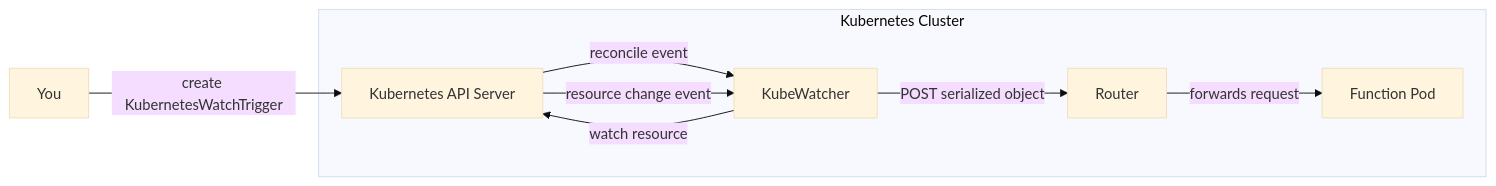
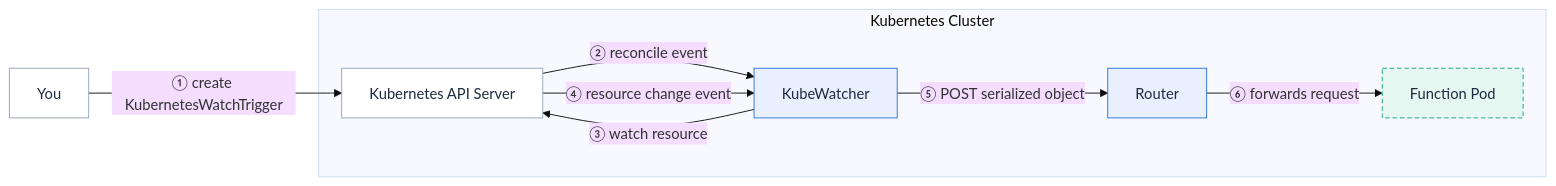
The first of 2 diagrams in content/en/docs/architecture/kubewatcher.md (fission/fission.io), drawn with Mermaid (base theme) before and after one commit. The commit also changed 30 other files, not shown here.

First line of the commit message:
Address PR feedback: zoomable diagrams, multi-color kit, centering, preview links

````diff
--- a/content/en/docs/architecture/kubewatcher.md
+++ b/content/en/docs/architecture/kubewatcher.md
@@ -20,11 +20,18 @@
 ```mermaid
 flowchart LR
-  user["You"] -->|"create KubernetesWatchTrigger"| apiserver["Kubernetes API Server"]
+  user["You"] -->|"① create KubernetesWatchTrigger"| apiserver["Kubernetes API Server"]
   subgraph k8s["Kubernetes Cluster"]
-    apiserver -->|"reconcile event"| kubewatcher["KubeWatcher"]
-    kubewatcher -->|"watch resource"| apiserver
-    apiserver -->|"resource change event"| kubewatcher
-    kubewatcher -->|"POST serialized object"| router["Router"]
-    router -->|"forwards request"| fnPod["Function Pod"]
+    apiserver -->|"② reconcile event"| kubewatcher["KubeWatcher"]
+    kubewatcher -->|"③ watch resource"| apiserver
+    apiserver -->|"④ resource change event"| kubewatcher
+    kubewatcher -->|"⑤ POST serialized object"| router["Router"]
+    router -->|"⑥ forwards request"| fnPod["Function Pod"]
   end
+
+  class user,apiserver user
+  class kubewatcher,router fission
+  class fnPod pod
+  classDef user fill:#ffffff,stroke:#94a3b8,color:#1f2a43
+  classDef fission fill:#e8f0fe,stroke:#2d70de,color:#1f2a43
+  classDef pod fill:#e6f7f1,stroke:#11a37f,color:#1f2a43,stroke-dasharray:5 3
 ```
````
